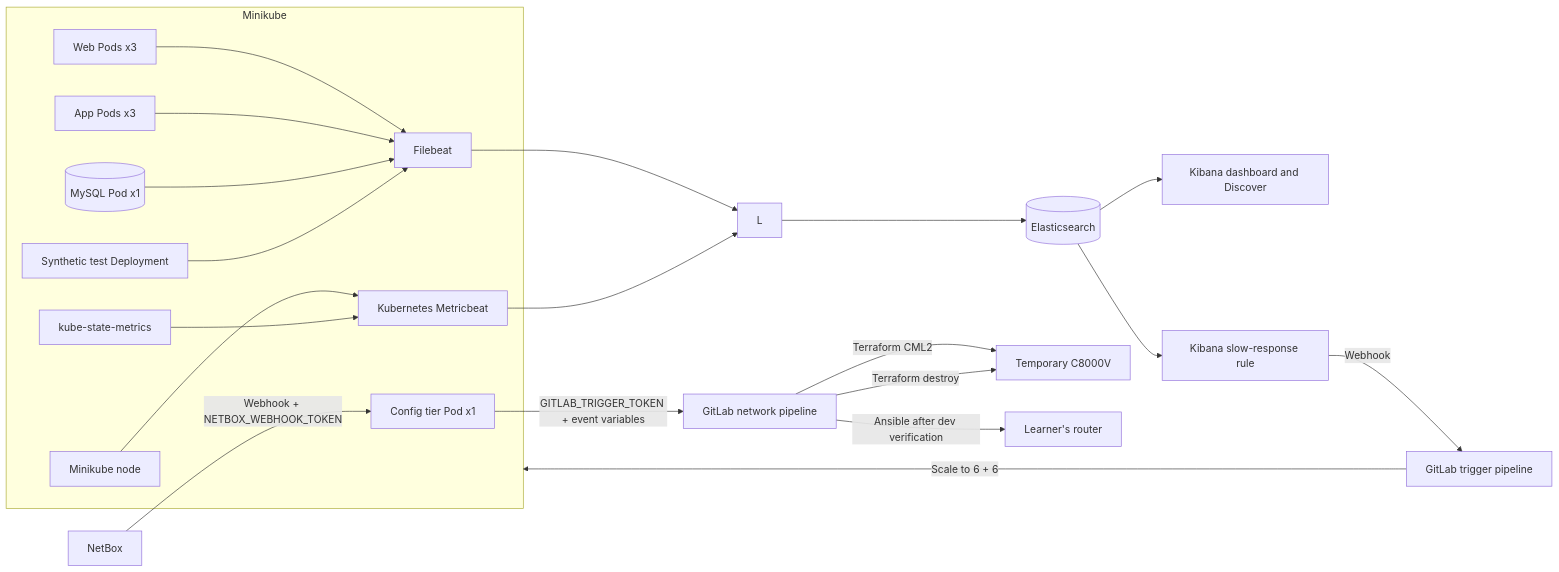
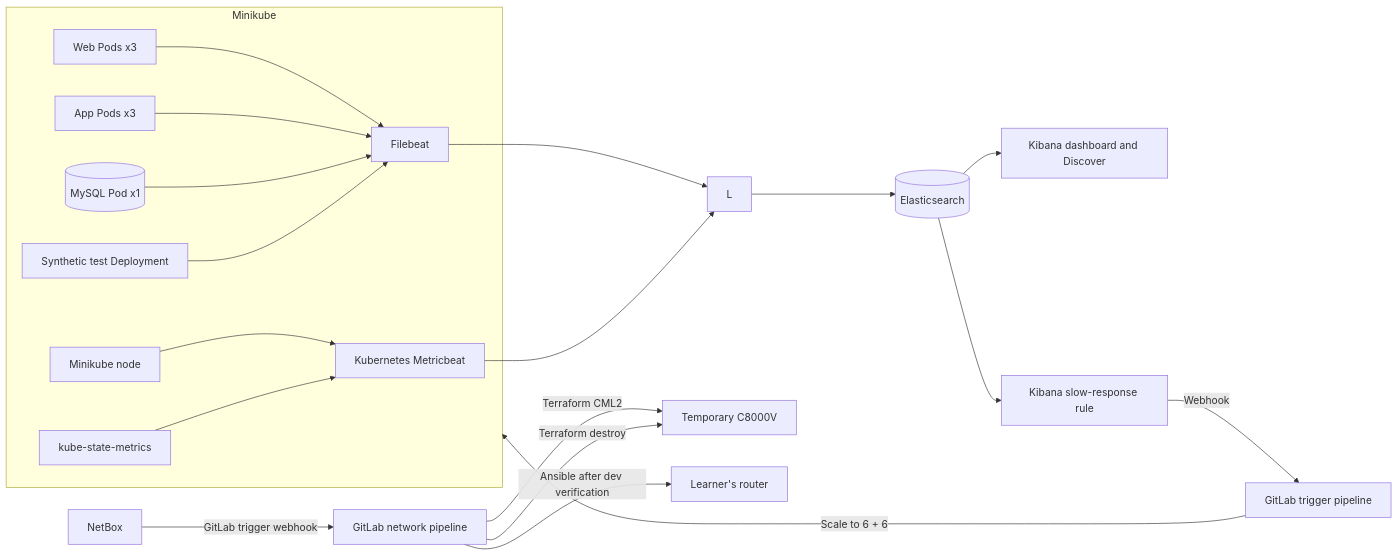
One commit to tanthanh85/devops changed the diagram in lab/Lab 08 - NetBox-Driven Network Configuration/Lab8.md. Above: the diagram before and after it, drawn with Mermaid. The commit also changed other lines of this file and 8 other files, not shown here.

````diff
--- a/lab/Lab 08 - NetBox-Driven Network Configuration/Lab8.md
+++ b/lab/Lab 08 - NetBox-Driven Network Configuration/Lab8.md
@@ -34,32 +34,30 @@
 ```mermaid
 flowchart LR
     subgraph K[Minikube]
       MN[Minikube node]
       W[Web Pods x3]
       A[App Pods x3]
       DB[(MySQL Pod x1)]
-      C[Config tier Pod x1]
       S[Synthetic test Deployment]
       F[Filebeat]
       KM[Kubernetes Metricbeat]
       KS[kube-state-metrics]
       W --> F
       A --> F
       DB --> F
       S --> F
       MN --> KM
       KS --> KM
     end
     F --> L
     KM --> L
     L --> E[(Elasticsearch)]
     E --> B[Kibana dashboard and Discover]
     E --> R[Kibana slow-response rule]
     R -->|Webhook| G[GitLab trigger pipeline]
     G -->|Scale to 6 + 6| K
-    NB[NetBox] -->|Webhook + NETBOX_WEBHOOK_TOKEN| C
-    C -->|GITLAB_TRIGGER_TOKEN + event variables| GP[GitLab network pipeline]
+    NB[NetBox] -->|GitLab trigger webhook| GP[GitLab network pipeline]
     GP -->|Terraform CML2| CML[Temporary C8000V]
     GP -->|Ansible after dev verification| LR[Learner's router]
     GP -->|Terraform destroy| CML
 ```
````
